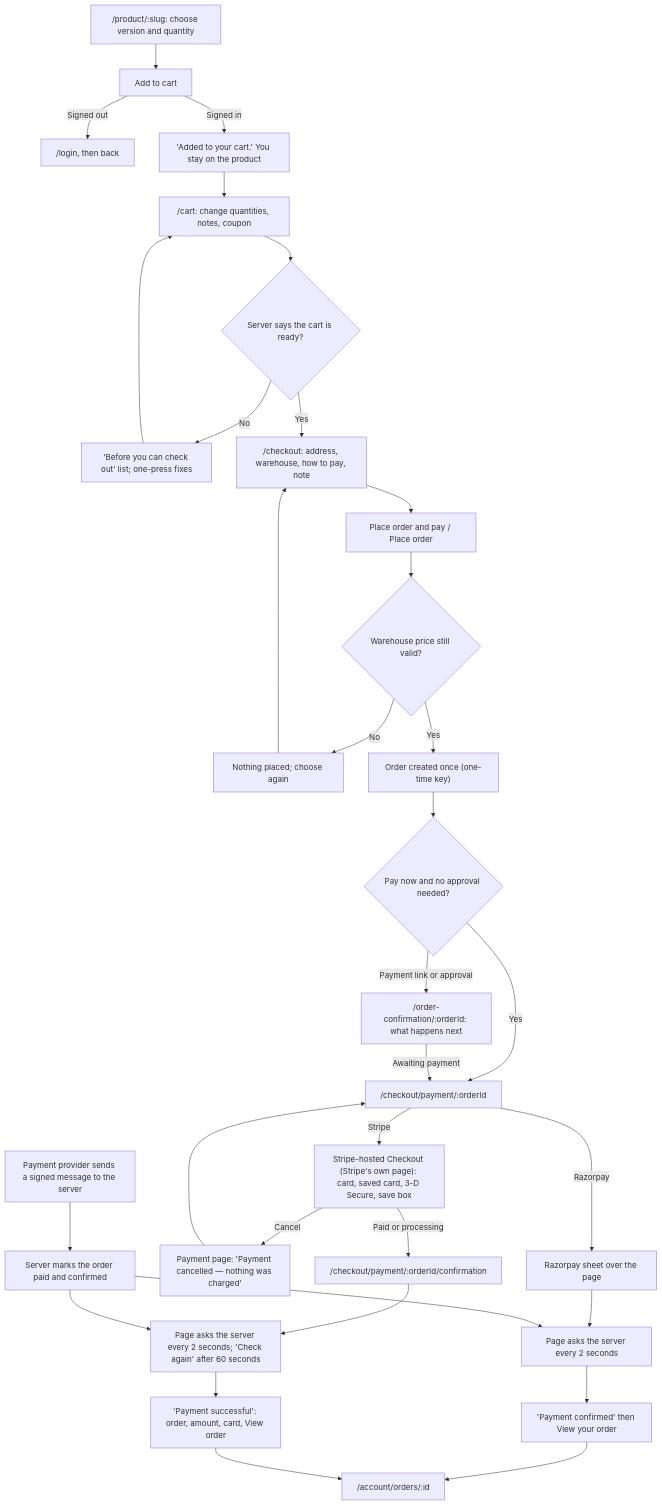
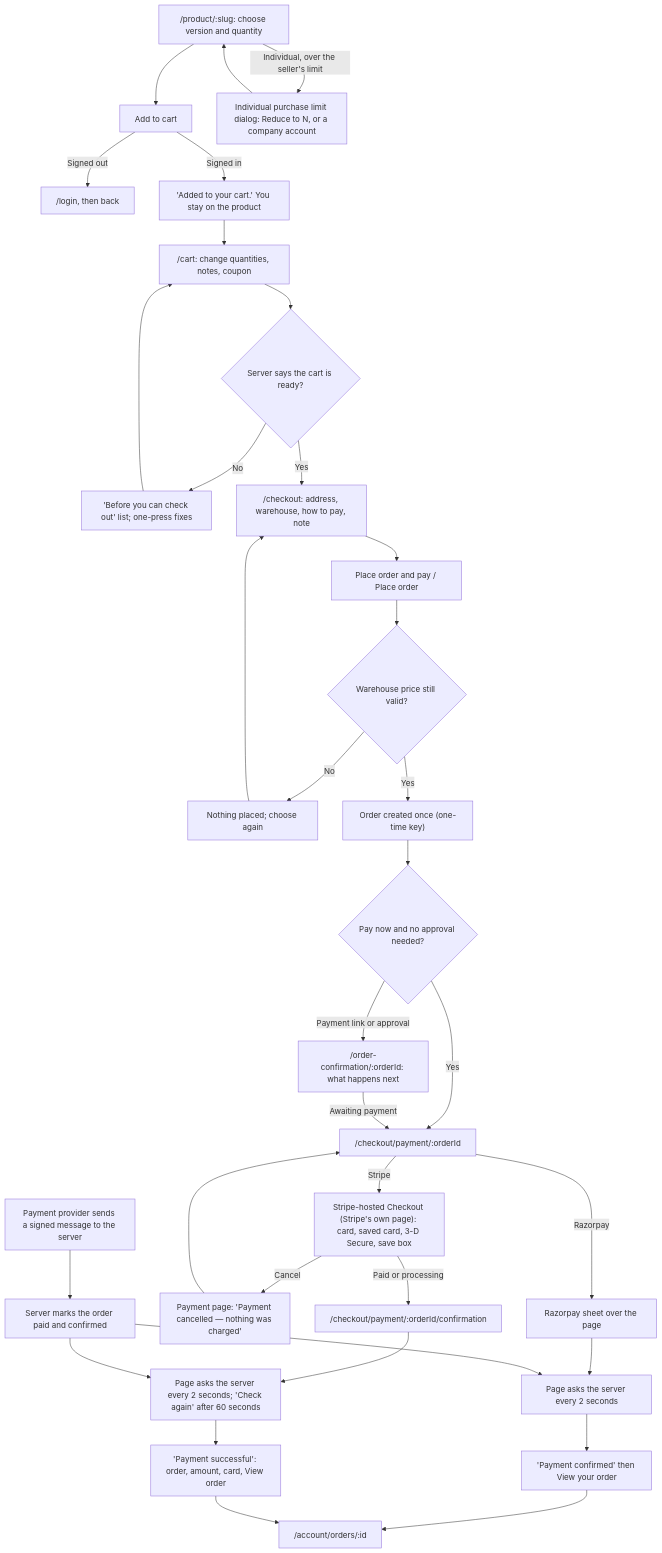
Before and after one commit to UBoss-AI/UBoss-Sourcing: the eighth of 17 diagrams in docs/UI-SCREENS.md, drawn with Mermaid. The commit also changed other lines of this file and 358 other files, not shown here.

````diff
--- a/docs/UI-SCREENS.md
+++ b/docs/UI-SCREENS.md
@@ -5269,31 +6208,32 @@
 ```mermaid
 flowchart TD
   P["/product/:slug: choose version and quantity"] --> Add["Add to cart"]
+  P -->|"Individual, over the seller's limit"| Limit["Individual purchase limit dialog: Reduce to N, or a company account"] --> P
   Add -->|"Signed out"| SignIn["/login, then back"]
   Add -->|"Signed in"| Toast["'Added to your cart.' You stay on the product"]
   Toast --> Cart["/cart: change quantities, notes, coupon"]
   Cart --> Ready{"Server says the cart is ready?"}
   Ready -->|"No"| Fix["'Before you can check out' list; one-press fixes"] --> Cart
   Ready -->|"Yes"| Checkout["/checkout: address, warehouse, how to pay, note"]
   Checkout --> Place["Place order and pay / Place order"]
   Place --> Recheck{"Warehouse price still valid?"}
   Recheck -->|"No"| Choose["Nothing placed; choose again"] --> Checkout
   Recheck -->|"Yes"| Created["Order created once (one-time key)"]
   Created --> Mode{"Pay now and no approval needed?"}
   Mode -->|"Yes"| Pay["/checkout/payment/:orderId"]
   Mode -->|"Payment link or approval"| Conf["/order-confirmation/:orderId: what happens next"]
   Conf -->|"Awaiting payment"| Pay
   Pay -->|"Stripe"| Hosted["Stripe-hosted Checkout (Stripe's own page): card, saved card, 3-D Secure, save box"]
   Hosted -->|"Paid or processing"| Back["/checkout/payment/:orderId/confirmation"]
   Hosted -->|"Cancel"| Cancelled["Payment page: 'Payment cancelled — nothing was charged'"] --> Pay
   Back --> PollS["Page asks the server every 2 seconds; 'Check again' after 60 seconds"]
   Pay -->|"Razorpay"| Provider["Razorpay sheet over the page"]
   Provider --> Poll["Page asks the server every 2 seconds"]
   Webhook["Payment provider sends a signed message to the server"] --> Confirmed["Server marks the order paid and confirmed"]
   Confirmed --> Poll
   Confirmed --> PollS
   PollS --> PaidS["'Payment successful': order, amount, card, View order"]
   Poll --> Paid["'Payment confirmed' then View your order"]
   Paid --> OrderPage["/account/orders/:id"]
   PaidS --> OrderPage
 ```
````
